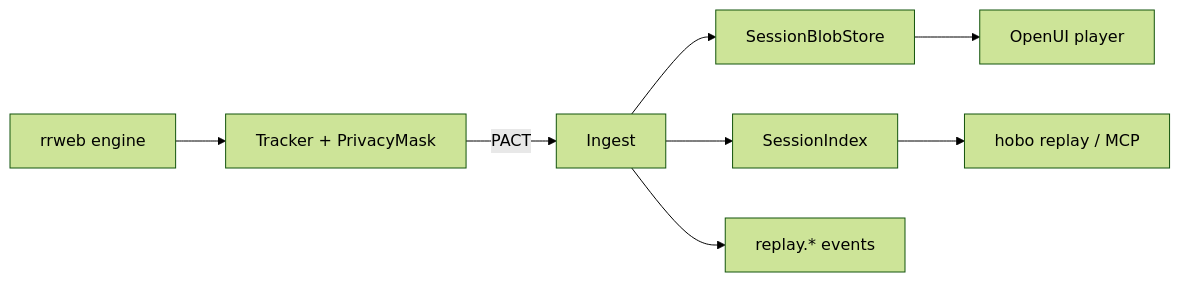
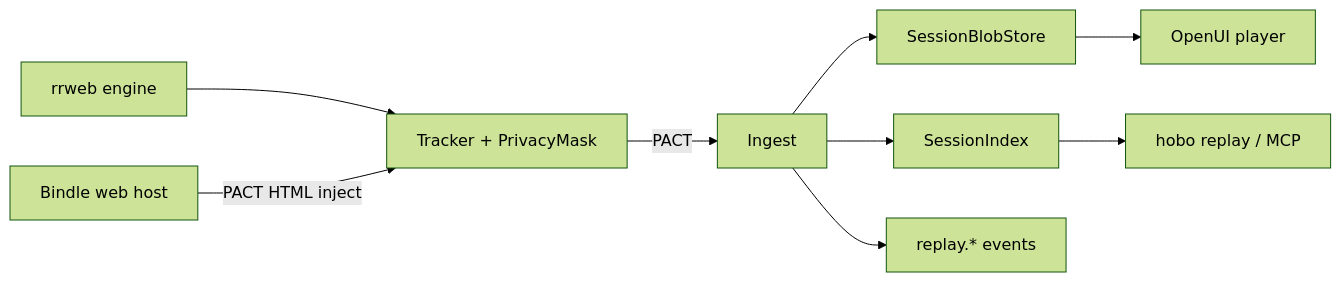
One commit to Tyler-R-Kendrick/HoBo changed the diagram in packages/replay/ARCHITECTURE.md. Above: the diagram before and after it, drawn with Mermaid (forest theme). The commit also changed other lines of this file and 24 other files, not shown here.

````diff
--- a/packages/replay/ARCHITECTURE.md
+++ b/packages/replay/ARCHITECTURE.md
@@ -31,10 +53,11 @@
 ```mermaid
 flowchart LR
   RR[rrweb engine] --> T[Tracker + PrivacyMask]
   T -->|PACT| I[Ingest]
   I --> B[SessionBlobStore]
   I --> X[SessionIndex]
   I --> E[replay.* events]
   X --> CLI[hobo replay / MCP]
   B --> P[OpenUI player]
+  BH[Bindle web host] -->|PACT HTML inject| T
 ```
````
